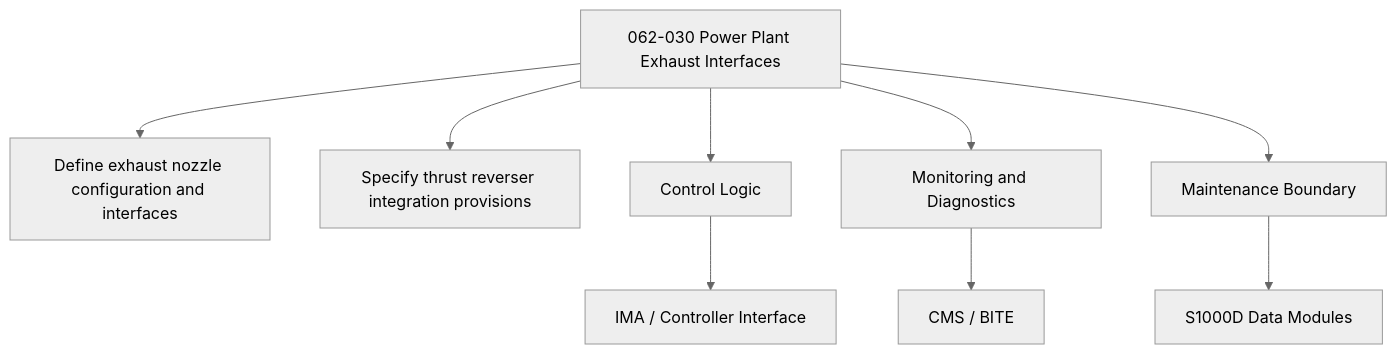
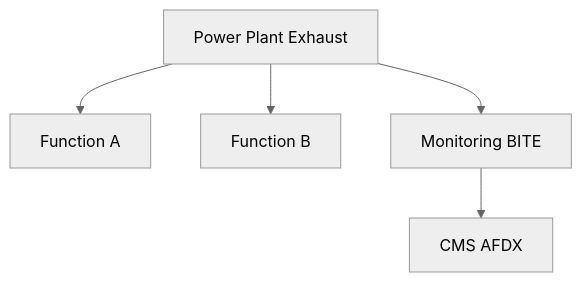
The second of 2 diagrams in Q+ATLANTIDE/000-099_ATLAS/060-069_Propulsion-Tradicional/062_Power-Plant/062-030-Power-Plant-Exhaust-Interfaces.md (AmedeoPelliccia/Qplus-For-All-Queer-People-and-Quantum), drawn with Mermaid (neutral theme) before and after one commit. The commit also changed other lines of this file and 74 other files, not shown here.

````diff
--- a/Q+ATLANTIDE/000-099_ATLAS/060-069_Propulsion-Tradicional/062_Power-Plant/062-030-Power-Plant-Exhaust-Interfaces.md
+++ b/Q+ATLANTIDE/000-099_ATLAS/060-069_Propulsion-Tradicional/062_Power-Plant/062-030-Power-Plant-Exhaust-Interfaces.md
@@ -172,11 +96,7 @@
 ```mermaid
 flowchart TB
-    SYS[062-030 Power Plant Exhaust Interfaces] --> F1[Define exhaust nozzle configuration and interfaces]
-    SYS --> F2[Specify thrust reverser integration provisions]
-    SYS --> CTRL[Control Logic]
-    SYS --> MON[Monitoring and Diagnostics]
-    SYS --> MAINT[Maintenance Boundary]
-    CTRL --> IMA[IMA / Controller Interface]
-    MON --> CMS[CMS / BITE]
-    MAINT --> CSDB[S1000D Data Modules]
+    SYS[Power Plant Exhaust ] --> F1[Function A]
+    SYS --> F2[Function B]
+    SYS --> MON[Monitoring BITE]
+    MON --> CMS[CMS AFDX]
 ```
````
